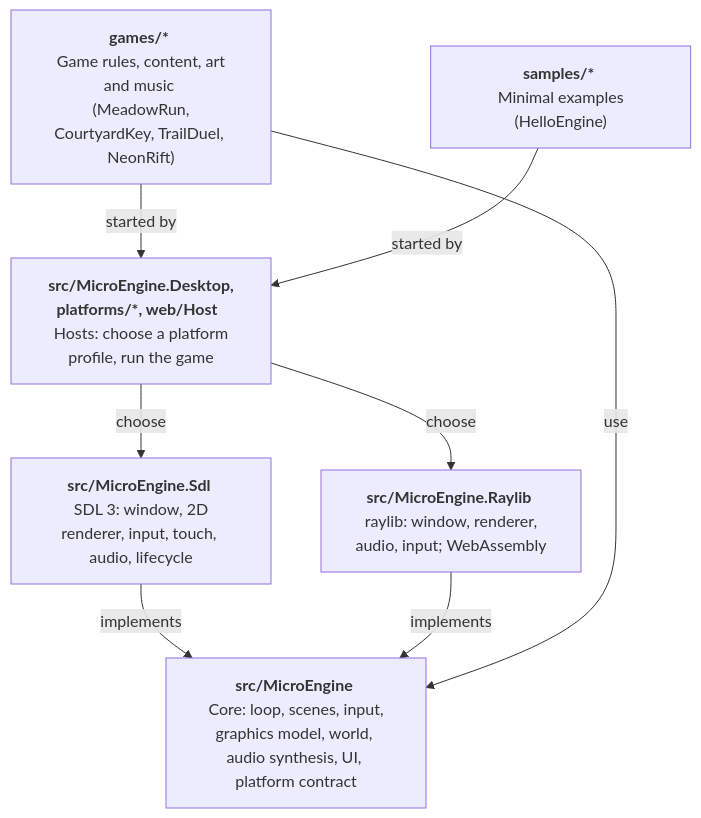
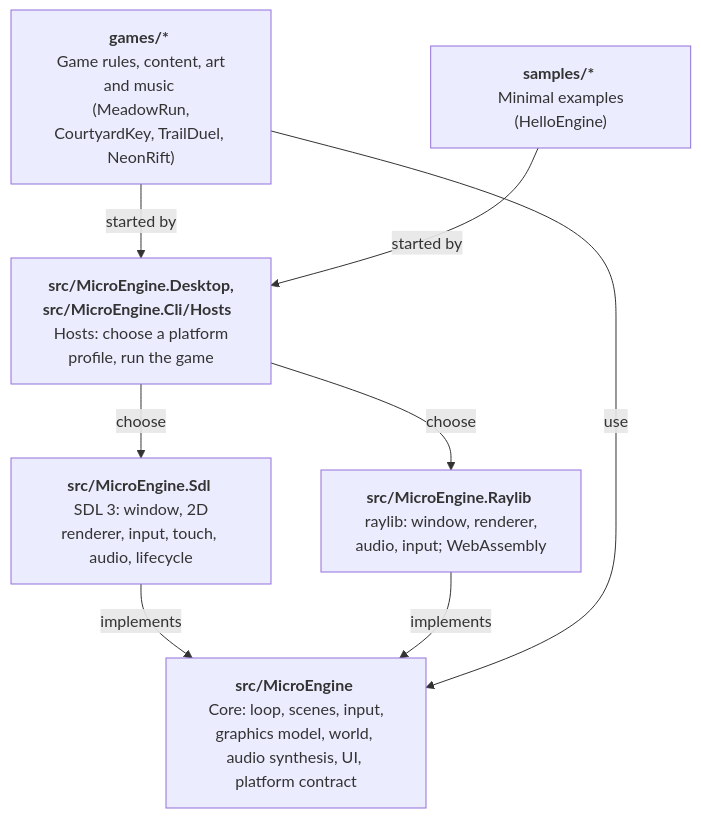
The diagram in docs/architecture.md (NastMz/MicroEngine), drawn with Mermaid before and after one commit. The commit also changed 28 other files, not shown here.

````diff
--- a/docs/architecture.md
+++ b/docs/architecture.md
@@ -10,18 +10,18 @@
 ```mermaid
 flowchart TB
   accTitle: Layers
   accDescr: Games and samples start through the desktop launcher, which offers the SDL and raylib backends; both implement the core's platform contract.
   games["<b> games/* </b> <br/> Game rules, content, art and music <br/> (MeadowRun, CourtyardKey, TrailDuel, NeonRift)"]
   samples["<b> samples/* </b> <br/> Minimal examples (HelloEngine)"]
-  hosts["<b> src/MicroEngine.Desktop, platforms/*, web/Host </b> <br/> Hosts: choose a platform profile, run the game"]
+  hosts["<b> src/MicroEngine.Desktop, src/MicroEngine.Cli/Hosts </b> <br/> Hosts: choose a platform profile, run the game"]
   sdl["<b> src/MicroEngine.Sdl </b> <br/> SDL 3: window, 2D renderer, input, touch, audio, lifecycle"]
   raylib["<b> src/MicroEngine.Raylib </b> <br/> raylib: window, renderer, audio, input; WebAssembly"]
   core["<b> src/MicroEngine </b> <br/> Core: loop, scenes, input, graphics model, world, audio synthesis, UI, platform contract"]
   games -- started by --> hosts
   samples -- started by --> hosts
   hosts -- choose --> sdl
   hosts -- choose --> raylib
   sdl -- implements --> core
   raylib -- implements --> core
   games -- use --> core
 ```
````
